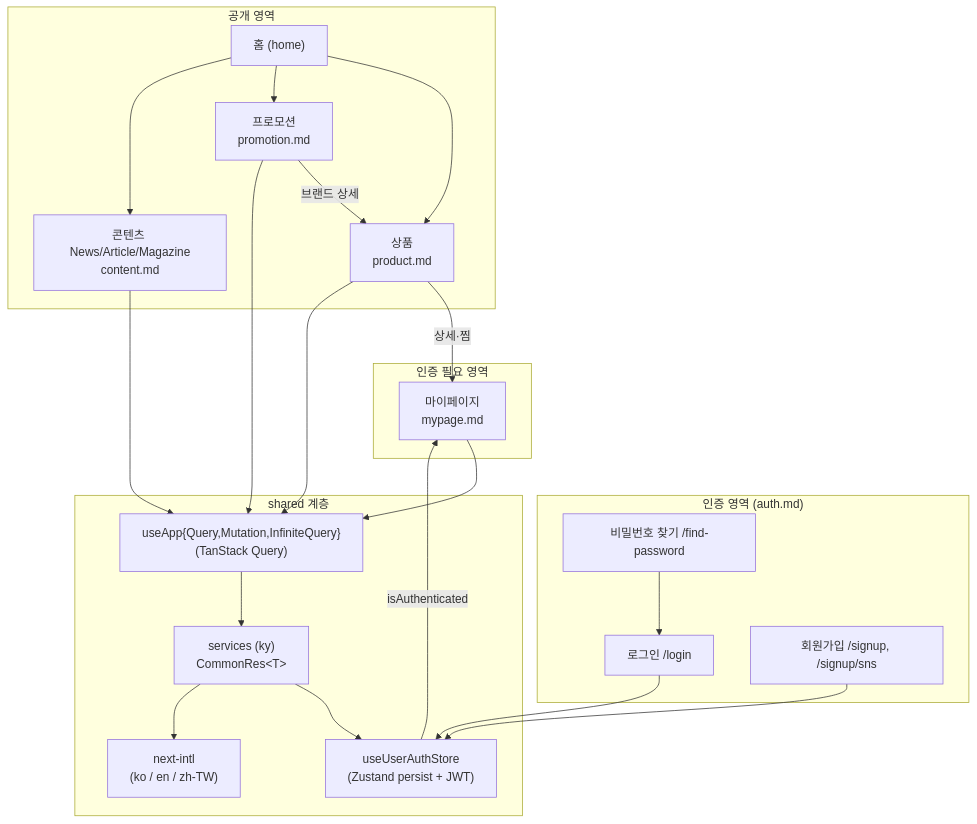
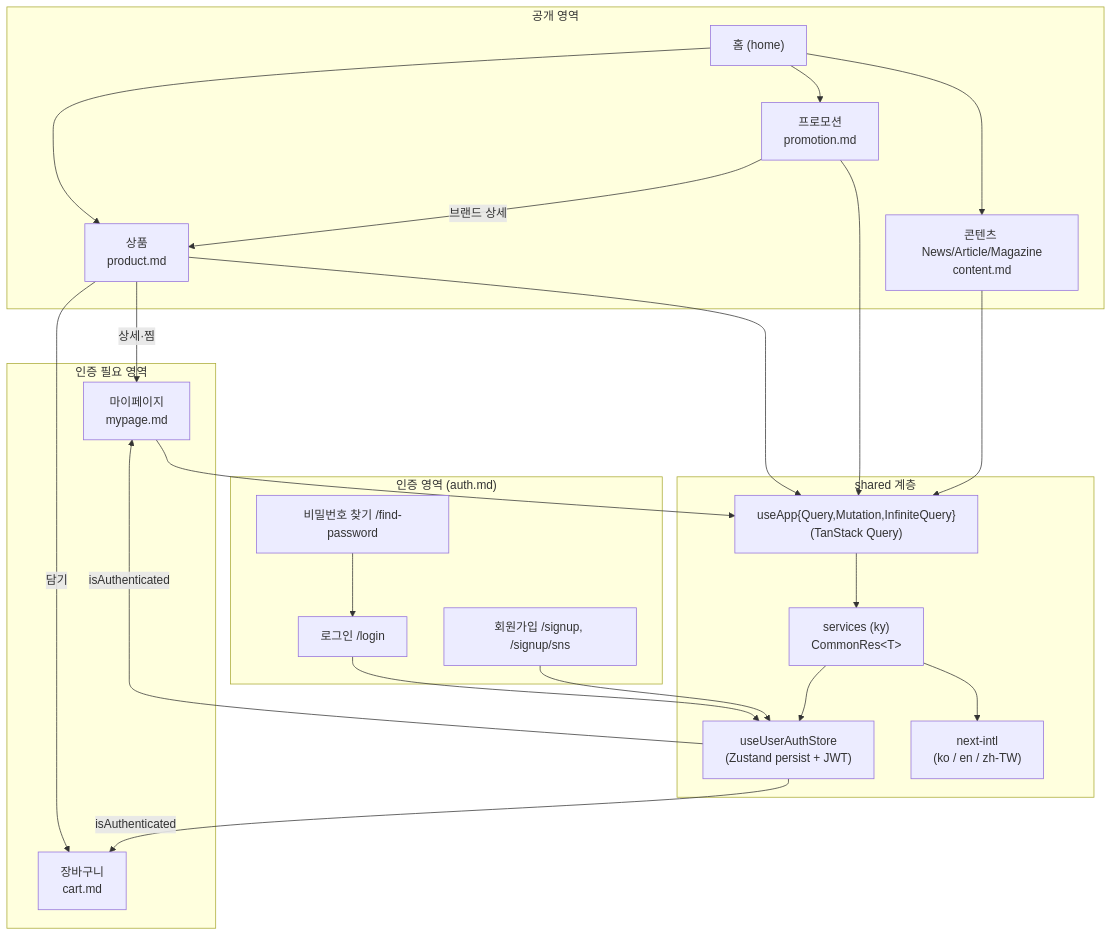
The diagram in apps/web/docs/README.md (SeoulMomentTech/seoul-moment-fe), drawn with Mermaid before and after one commit. The commit also changed other lines of this file and 1 other file, not shown here.

First line of the commit message:
docs(web): document the cart domain

````diff
--- a/apps/web/docs/README.md
+++ b/apps/web/docs/README.md
@@ -30,45 +31,48 @@
 ```mermaid
 graph TD
     subgraph Public["공개 영역"]
         Home["홈 (home)"]
         Product["상품<br/>product.md"]
         Promotion["프로모션<br/>promotion.md"]
         Content["콘텐츠 News/Article/Magazine<br/>content.md"]
     end
 
     subgraph Auth["인증 영역 (auth.md)"]
         Login["로그인 /login"]
         Signup["회원가입 /signup, /signup/sns"]
         FindPw["비밀번호 찾기 /find-password"]
     end
 
     subgraph Private["인증 필요 영역"]
         Mypage["마이페이지<br/>mypage.md"]
+        Cart["장바구니<br/>cart.md"]
     end
 
     subgraph Shared["shared 계층"]
         Services["services (ky)<br/>CommonRes&lt;T&gt;"]
         AuthStore["useUserAuthStore<br/>(Zustand persist + JWT)"]
         Query["useApp{Query,Mutation,InfiniteQuery}<br/>(TanStack Query)"]
         I18n["next-intl<br/>(ko / en / zh-TW)"]
     end
 
     Home --> Product
     Home --> Promotion
     Home --> Content
     Product -->|상세·찜| Mypage
+    Product -->|담기| Cart
     Promotion -->|브랜드 상세| Product
 
     Login --> AuthStore
     Signup --> AuthStore
     FindPw --> Login
     AuthStore -->|isAuthenticated| Mypage
+    AuthStore -->|isAuthenticated| Cart
 
     Product --> Query
     Promotion --> Query
     Content --> Query
     Mypage --> Query
     Query --> Services
     Services --> AuthStore
     Services --> I18n
 ```
````
